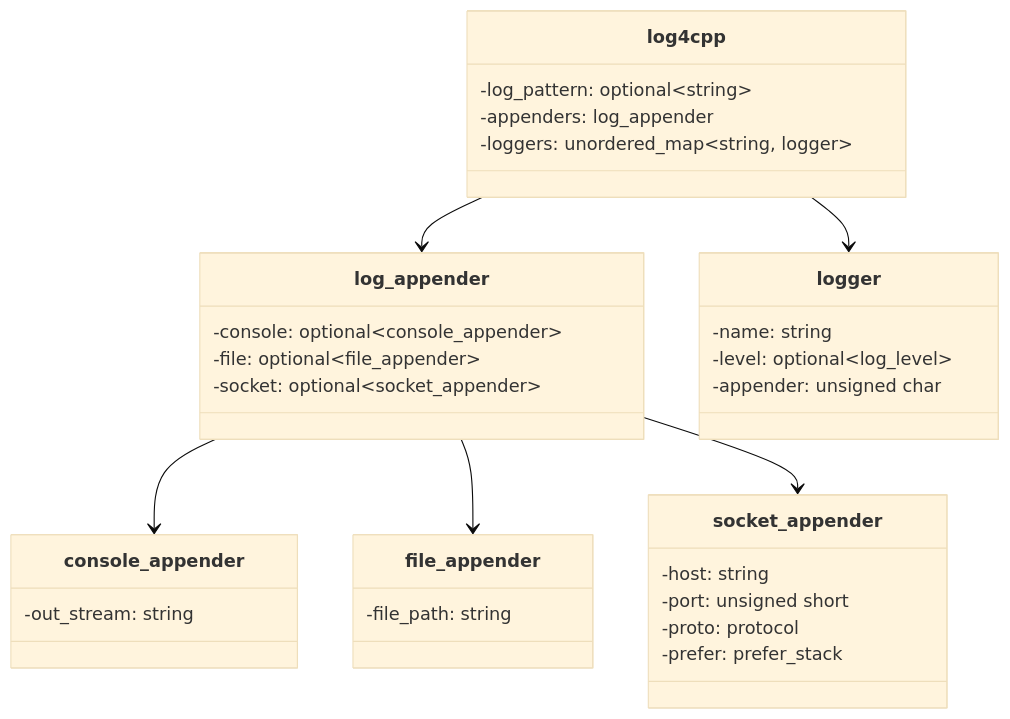
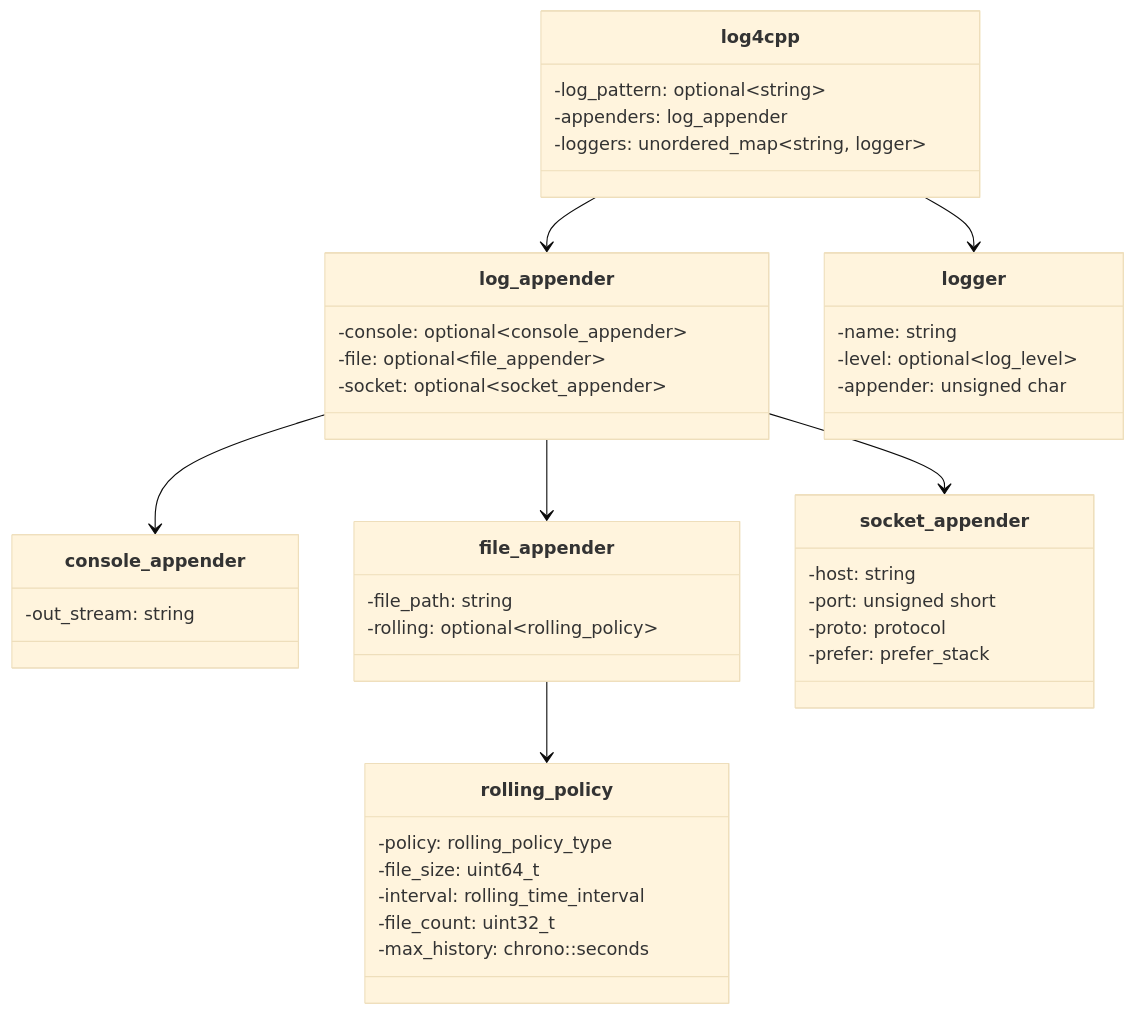
Before and after one commit to lwhttpdorg/log4cpp: the fourth of 10 diagrams in docs/DESIGN.md, drawn with Mermaid (base theme). The commit also changed other lines of this file and 35 other files, not shown here.

First line of the commit message:
Refactor logging configuration and implement rolling file appender

````diff
--- a/docs/DESIGN.md
+++ b/docs/DESIGN.md
@@ -376,41 +400,51 @@
 ```mermaid
 classDiagram
     class log4cpp {
         -log_pattern: optional~string~
         -appenders: log_appender
         -loggers: unordered_map~string, logger~
     }
 
     class log_appender {
         -console: optional~console_appender~
         -file: optional~file_appender~
         -socket: optional~socket_appender~
     }
 
     class logger {
         -name: string
         -level: optional~log_level~
         -appender: unsigned char
     }
 
     class console_appender {
         -out_stream: string
     }
 
     class file_appender {
         -file_path: string
+        -rolling: optional~rolling_policy~
+    }
+
+    class rolling_policy {
+        -policy: rolling_policy_type
+        -file_size: uint64_t
+        -interval: rolling_time_interval
+        -file_count: uint32_t
+        -max_history: chrono::seconds
     }
 
     class socket_appender {
         -host: string
         -port: unsigned short
         -proto: protocol
         -prefer: prefer_stack
     }
 
     log4cpp --> log_appender
     log4cpp --> logger
     log_appender --> console_appender
     log_appender --> file_appender
+    file_appender --> rolling_policy
     log_appender --> socket_appender
 ```
````
